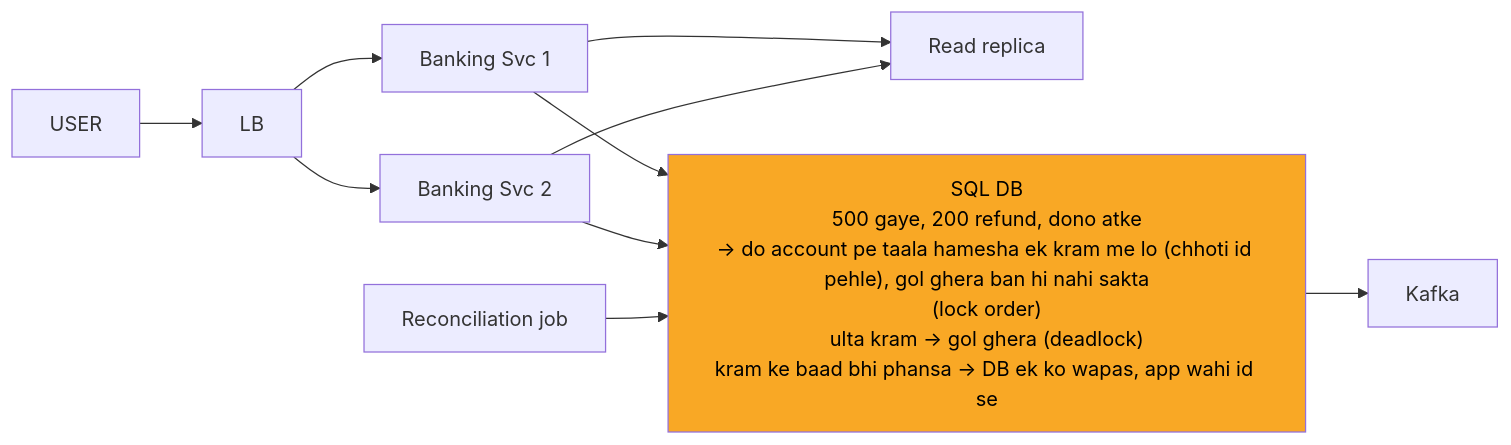
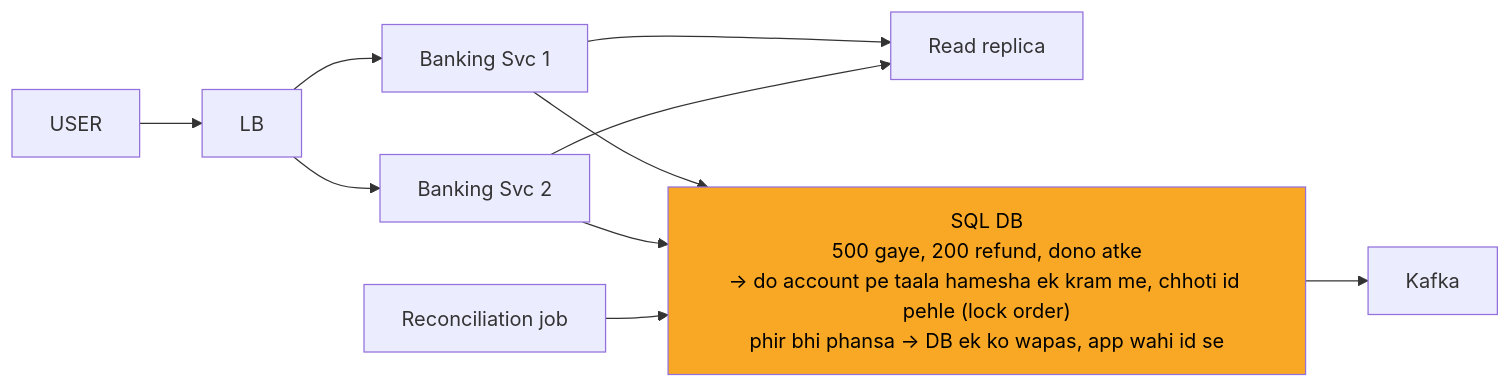
One commit to ArpanMaheshwari144/Prep changed the diagram in 04_HLD/SYSTEM_DESIGNS/13_banking_system/img/c9.mmd. Above: the diagram before and after it, drawn with Mermaid. The commit also changed 76 other files, not shown here.

```diff
--- a/04_HLD/SYSTEM_DESIGNS/13_banking_system/img/c9.mmd
+++ b/04_HLD/SYSTEM_DESIGNS/13_banking_system/img/c9.mmd
@@ -1,20 +1,20 @@
 %%{init: {"flowchart": {"wrappingWidth": 450}}}%%
 flowchart LR
     n_USER["USER"]
     n_LB["LB"]
     n_S1["Banking Svc 1"]
     n_S2["Banking Svc 2"]
     n_RR["Read replica"]
-    n_DB["SQL DB<br/>500 gaye, 200 refund, dono atke<br/>-> do account pe taala hamesha ek kram me lo (chhoti id pehle), gol ghera ban hi nahi sakta<br/>(lock order)<br/>ulta kram -> gol ghera (deadlock)<br/>kram ke baad bhi phansa -> DB ek ko wapas, app wahi id se"]
+    n_DB["SQL DB<br/>500 gaye, 200 refund, dono atke<br/>-> do account pe taala hamesha ek kram me, chhoti id pehle (lock order)<br/>phir bhi phansa -> DB ek ko wapas, app wahi id se"]
     n_K["Kafka"]
     n_REC["Reconciliation job"]
     n_USER --> n_LB
     n_LB --> n_S1
     n_LB --> n_S2
     n_S1 --> n_RR
     n_S2 --> n_RR
     n_S1 --> n_DB
     n_S2 --> n_DB
     n_DB --> n_K
     n_REC --> n_DB
     style n_DB fill:#f9a825,color:#000
```
